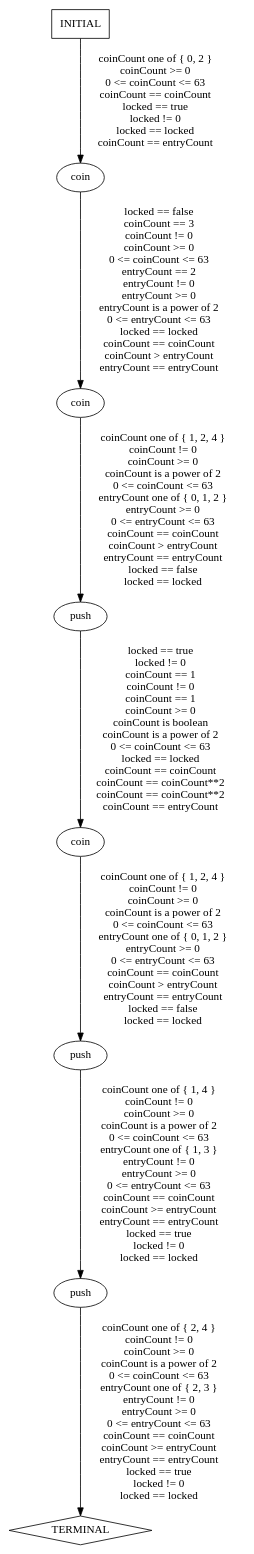
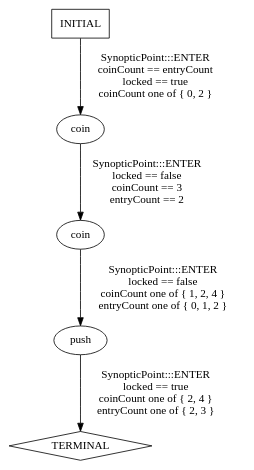
The diagram in traces/abstract/turnstile-example/predicted-paths/turnstile-example-test13.dot (ModelInference/synoptic), drawn with Graphviz before and after one commit. The commit also changed 73 other files, not shown here.

```diff
--- a/traces/abstract/turnstile-example/predicted-paths/turnstile-example-test13.dot
+++ b/traces/abstract/turnstile-example/predicted-paths/turnstile-example-test13.dot
@@ -1,17 +1,11 @@
 digraph {
   0 [label="coin"];
   1 [label="coin"];
-  2 [label="coin"];
-  3 [label="push"];
-  4 [label="push"];
-  5 [label="push"];
-  6 [label="TERMINAL",shape=diamond];
-  7 [label="INITIAL",shape=box];
-0->1 [label="locked == false\ncoinCount == 3\ncoinCount != 0\ncoinCount >= 0\n0 <= coinCount <= 63\nentryCount == 2\nentryCount != 0\nentryCount >= 0\nentryCount is a power of 2\n0 <= entryCount <= 63\nlocked == locked\ncoinCount == coinCount\ncoinCount > entryCount\nentryCount == entryCount",];
-1->3 [label="coinCount one of { 1, 2, 4 }\ncoinCount != 0\ncoinCount >= 0\ncoinCount is a power of 2\n0 <= coinCount <= 63\nentryCount one of { 0, 1, 2 }\nentryCount >= 0\n0 <= entryCount <= 63\ncoinCount == coinCount\ncoinCount > entryCount\nentryCount == entryCount\nlocked == false\nlocked == locked",];
-2->4 [label="coinCount one of { 1, 2, 4 }\ncoinCount != 0\ncoinCount >= 0\ncoinCount is a power of 2\n0 <= coinCount <= 63\nentryCount one of { 0, 1, 2 }\nentryCount >= 0\n0 <= entryCount <= 63\ncoinCount == coinCount\ncoinCount > entryCount\nentryCount == entryCount\nlocked == false\nlocked == locked",];
-3->2 [label="locked == true\nlocked != 0\ncoinCount == 1\ncoinCount != 0\ncoinCount == 1\ncoinCount >= 0\ncoinCount is boolean\ncoinCount is a power of 2\n0 <= coinCount <= 63\nlocked == locked\ncoinCount == coinCount\ncoinCount == coinCount**2\ncoinCount == coinCount**2\ncoinCount == entryCount",];
-4->5 [label="coinCount one of { 1, 4 }\ncoinCount != 0\ncoinCount >= 0\ncoinCount is a power of 2\n0 <= coinCount <= 63\nentryCount one of { 1, 3 }\nentryCount != 0\nentryCount >= 0\n0 <= entryCount <= 63\ncoinCount == coinCount\ncoinCount >= entryCount\nentryCount == entryCount\nlocked == true\nlocked != 0\nlocked == locked",];
-5->6 [label="coinCount one of { 2, 4 }\ncoinCount != 0\ncoinCount >= 0\ncoinCount is a power of 2\n0 <= coinCount <= 63\nentryCount one of { 2, 3 }\nentryCount != 0\nentryCount >= 0\n0 <= entryCount <= 63\ncoinCount == coinCount\ncoinCount >= entryCount\nentryCount == entryCount\nlocked == true\nlocked != 0\nlocked == locked",];
-7->0 [label="coinCount one of { 0, 2 }\ncoinCount >= 0\n0 <= coinCount <= 63\ncoinCount == coinCount\nlocked == true\nlocked != 0\nlocked == locked\ncoinCount == entryCount",];
+  2 [label="push"];
+  3 [label="TERMINAL",shape=diamond];
+  4 [label="INITIAL",shape=box];
+0->1 [label="SynopticPoint:::ENTER\nlocked == false\ncoinCount == 3\nentryCount == 2\n",];
+1->2 [label="SynopticPoint:::ENTER\nlocked == false\ncoinCount one of { 1, 2, 4 }\nentryCount one of { 0, 1, 2 }\n",];
+2->3 [label="SynopticPoint:::ENTER\nlocked == true\ncoinCount one of { 2, 4 }\nentryCount one of { 2, 3 }\n",];
+4->0 [label="SynopticPoint:::ENTER\ncoinCount == entryCount\nlocked == true\ncoinCount one of { 0, 2 }\n",];
 } // digraph {
```
